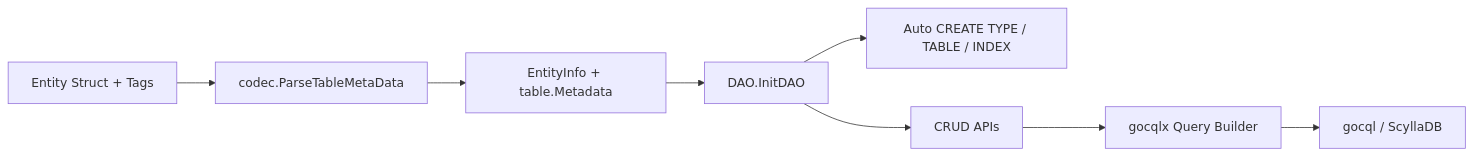
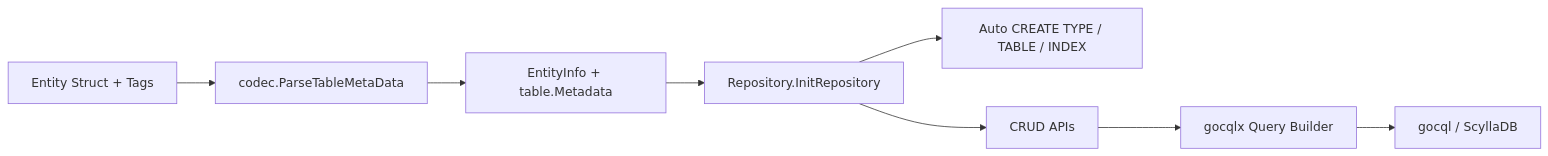
Before and after one commit to saivnct/gocqlx-orm: the diagram in README.md, drawn with Mermaid. The commit also changed other lines of this file and 18 other files, not shown here.

Commit message:
refactor: rename DAO to Repository

````diff
--- a/README.md
+++ b/README.md
@@ -99,10 +99,10 @@
 ```mermaid
 flowchart LR
     A[Entity Struct + Tags] --> B[codec.ParseTableMetaData]
     B --> C[EntityInfo + table.Metadata]
-    C --> D[DAO.InitDAO]
+    C --> D[Repository.InitRepository]
     D --> E[Auto CREATE TYPE / TABLE / INDEX]
     D --> F[CRUD APIs]
     F --> G[gocqlx Query Builder]
     G --> H[gocql / ScyllaDB]
 ```
````
